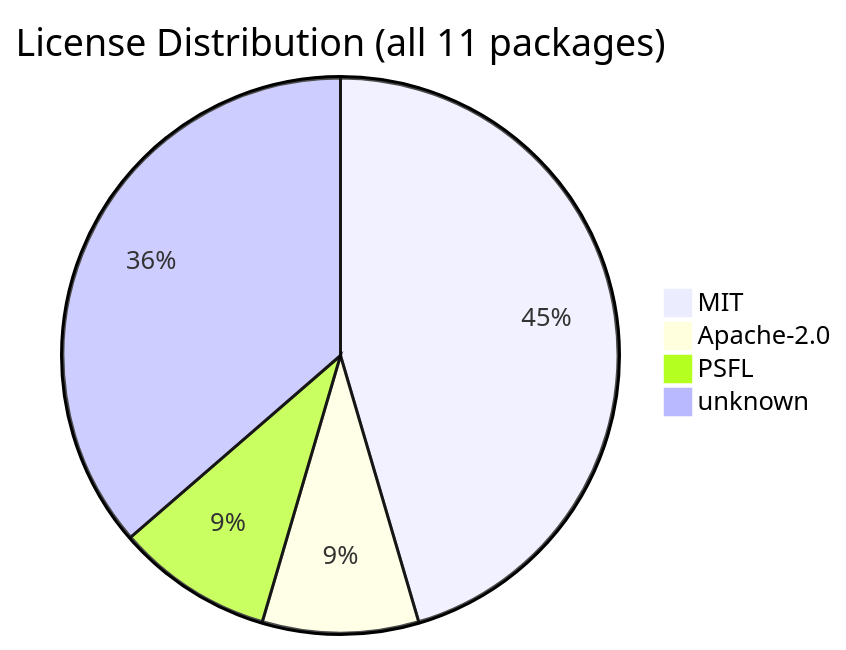
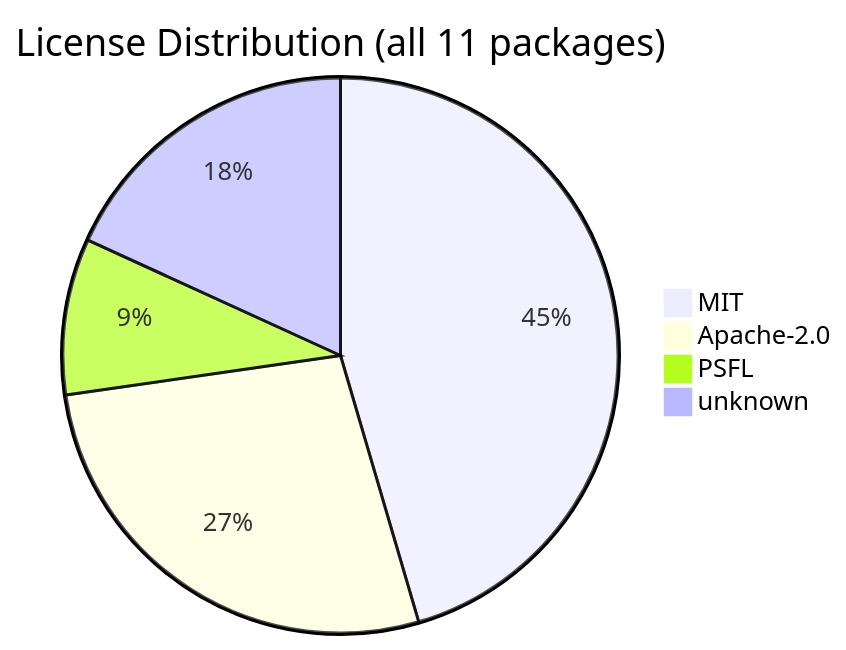
The diagram in .shipwright/compliance/sbom.md (svenroth-ai/shipwright), drawn with Mermaid before and after one commit. The commit also changed other lines of this file and 22 other files, not shown here.

````diff
--- a/.shipwright/compliance/sbom.md
+++ b/.shipwright/compliance/sbom.md
@@ -18,7 +18,7 @@
 ```mermaid
 pie title License Distribution (all 11 packages)
     "MIT" : 5
-    "Apache-2.0" : 1
+    "Apache-2.0" : 3
     "PSFL" : 1
-    "unknown" : 4
+    "unknown" : 2
 ```
````
